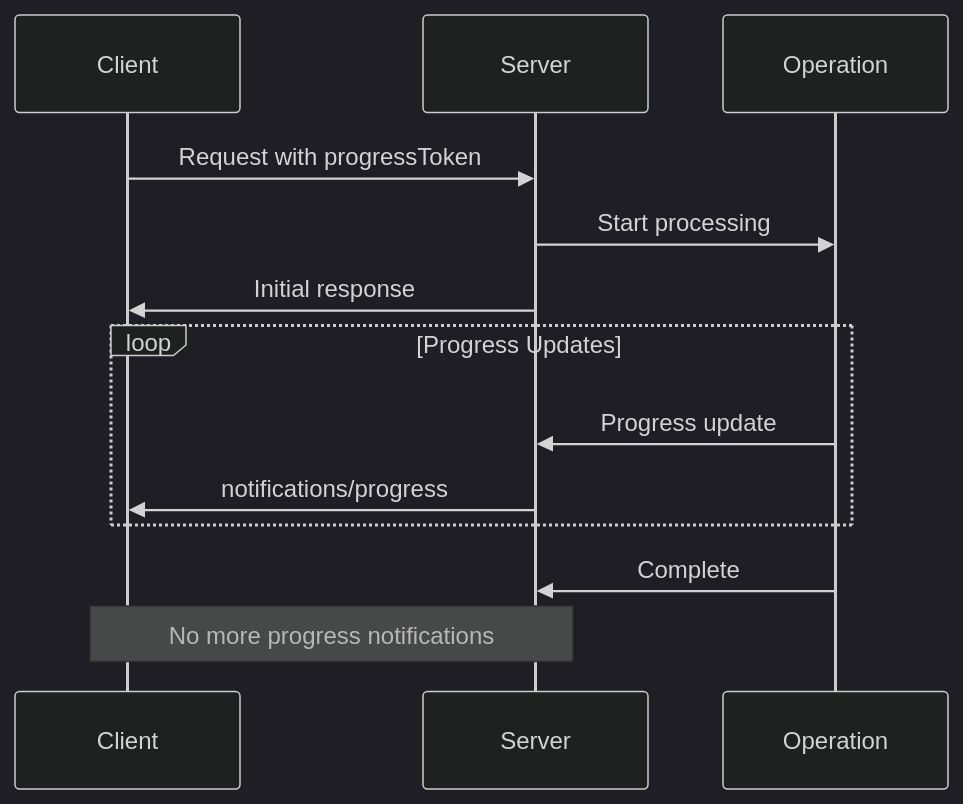
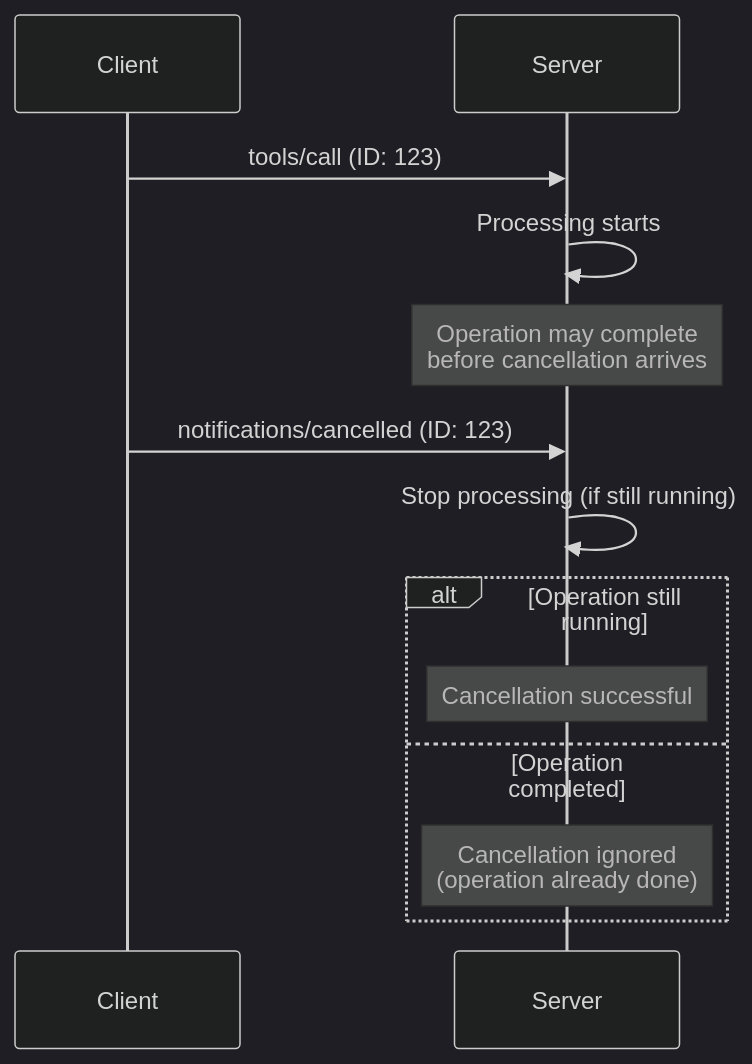
One commit to d7ventures/docs changed the diagram in api-reference/mcp-methods/utilities.mdx. Above: the diagram before and after it, drawn with Mermaid (dark theme). The commit also changed other lines of this file and 4 other files, not shown here.

````diff
--- a/api-reference/mcp-methods/utilities.mdx
+++ b/api-reference/mcp-methods/utilities.mdx
@@ -280,18 +237,17 @@
 ```mermaid
 sequenceDiagram
     participant Client
     participant Server
-    participant Operation
 
-    Client->>Server: Request with progressToken
-    Server->>Operation: Start processing
-    Server->>Client: Initial response
+    Client->>Server: tools/call (ID: 123)
+    Server->>Server: Processing starts
+    Note over Server: Operation may complete<br/>before cancellation arrives
+    Client->>Server: notifications/cancelled (ID: 123)
+    Server->>Server: Stop processing (if still running)
 
-    loop Progress Updates
-        Operation->>Server: Progress update
-        Server->>Client: notifications/progress
+    alt Operation still running
+        Note over Server: Cancellation successful
+    else Operation completed
+        Note over Server: Cancellation ignored<br/>(operation already done)
     end
-
-    Operation->>Server: Complete
-    Note over Client,Server: No more progress notifications
 ```
````
